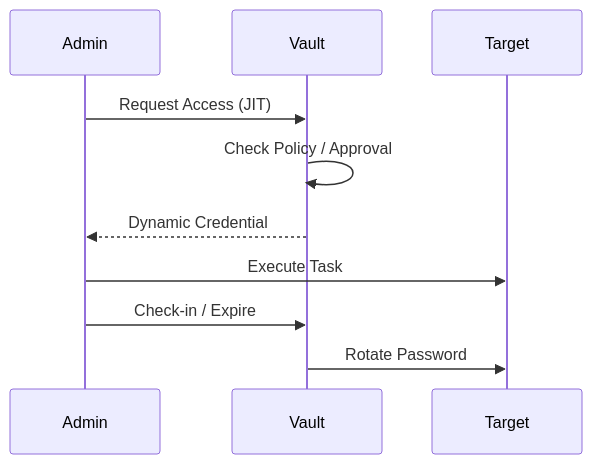
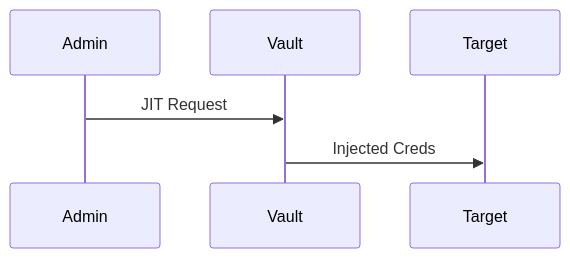
Before and after one commit to Devopstrio/identity-governance-framework: the sixth of 30 diagrams in README.md, drawn with Mermaid. The commit also changed other lines of this file, not shown here.

Commit message:
docs: expand README with 30+ architectural diagrams

````diff
--- a/README.md
+++ b/README.md
@@ -147,13 +64,5 @@
 ```mermaid
 sequenceDiagram
-    participant Admin
-    participant Vault
-    participant Target
-
-    Admin->>Vault: Request Access (JIT)
-    Vault->>Vault: Check Policy / Approval
-    Vault-->>Admin: Dynamic Credential
-    Admin->>Target: Execute Task
-    Admin->>Vault: Check-in / Expire
-    Vault->>Target: Rotate Password
+    Admin->>Vault: JIT Request
+    Vault->>Target: Injected Creds
 ```
````
